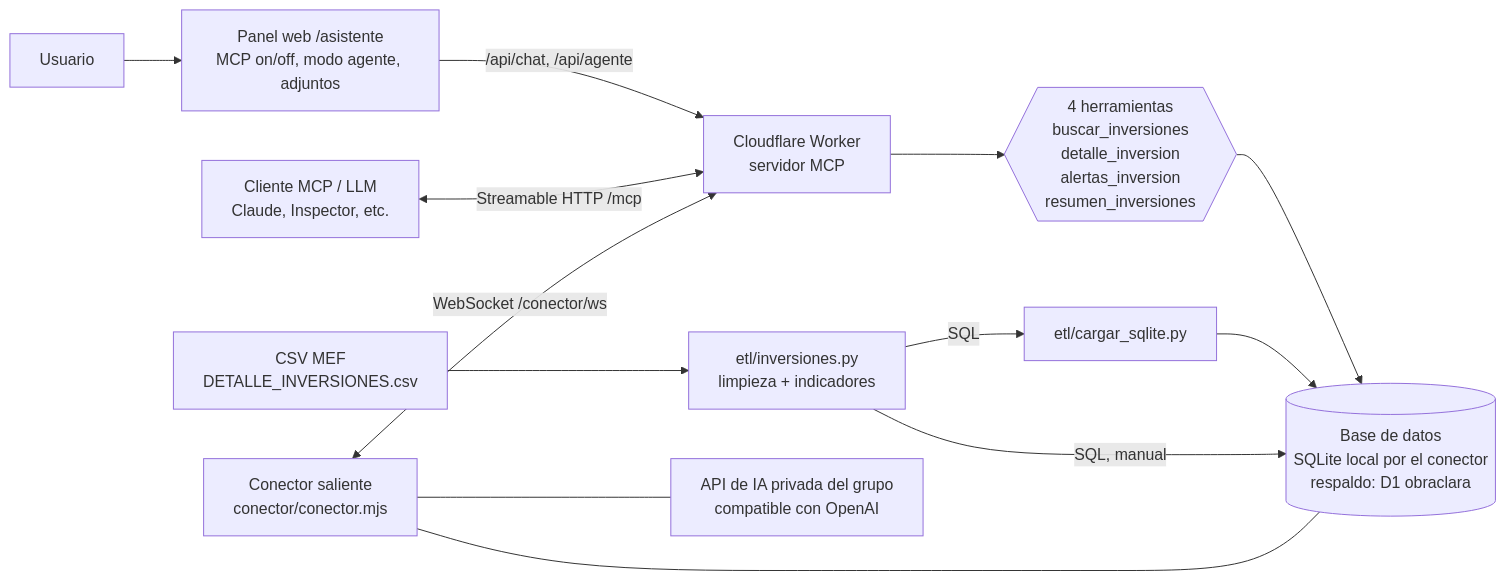
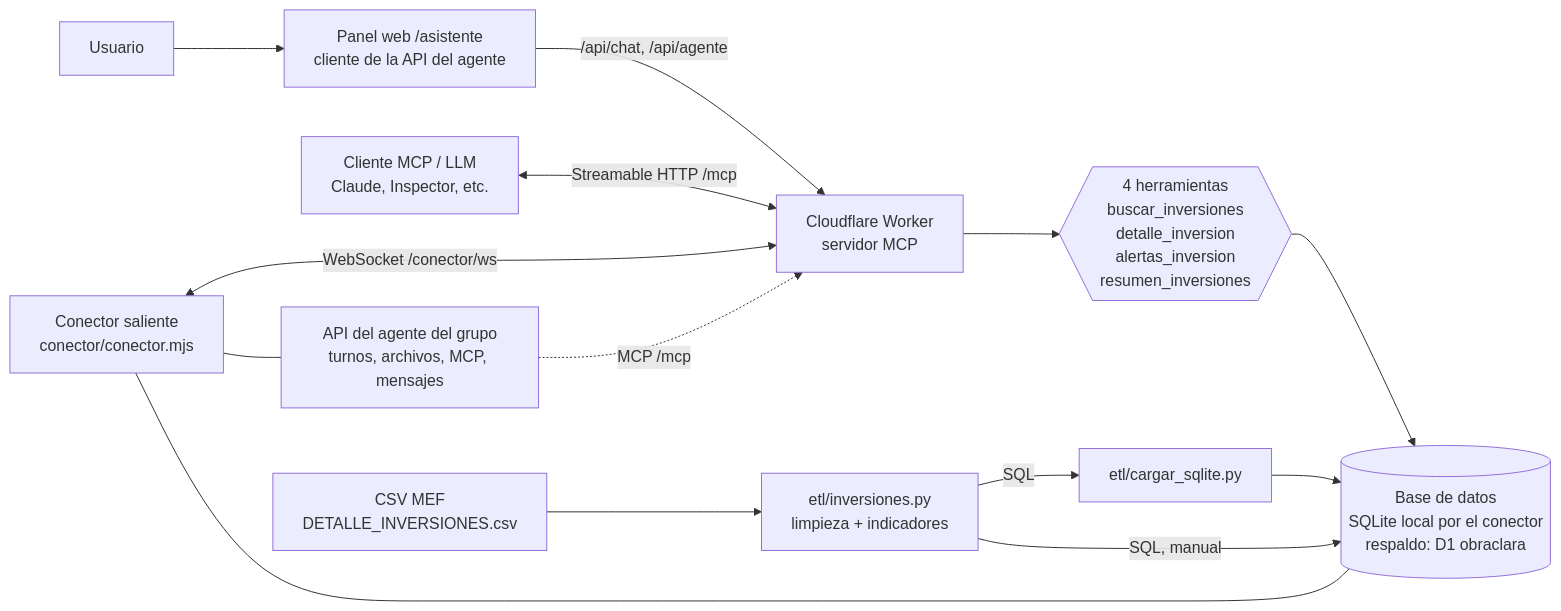
One commit to adrielorihuela/obraclara-mcp changed the diagram in README.md. Above: the diagram before and after it, drawn with Mermaid. The commit also changed other lines of this file and 20 other files, not shown here.

First line of the commit message:
ObraClara pasa a ser cliente de la API del agente

````diff
--- a/README.md
+++ b/README.md
@@ -43,15 +43,16 @@
 ```mermaid
 flowchart LR
-  U[Usuario] --> P[Panel web /asistente<br/>MCP on/off, modo agente, adjuntos]
+  U[Usuario] --> P[Panel web /asistente<br/>cliente de la API del agente]
   P -->|/api/chat, /api/agente| W
   C[Cliente MCP / LLM<br/>Claude, Inspector, etc.] <-->|Streamable HTTP /mcp| W[Cloudflare Worker<br/>servidor MCP]
   W --> T{{4 herramientas<br/>buscar_inversiones<br/>detalle_inversion<br/>alertas_inversion<br/>resumen_inversiones}}
   T --> DB[(Base de datos<br/>SQLite local por el conector<br/>respaldo: D1 obraclara)]
   CSV[CSV MEF<br/>DETALLE_INVERSIONES.csv] --> ETL[etl/inversiones.py<br/>limpieza + indicadores]
   ETL -->|SQL| SQ[etl/cargar_sqlite.py]
   SQ --> DB
   ETL -->|SQL, manual| DB
   K[Conector saliente<br/>conector/conector.mjs] <-->|WebSocket /conector/ws| W
-  K --- IA[API de IA privada del grupo<br/>compatible con OpenAI]
+  K --- IA[API del agente del grupo<br/>turnos, archivos, MCP, mensajes]
   K --- DB
+  IA -.->|MCP /mcp| W
 ```
````
